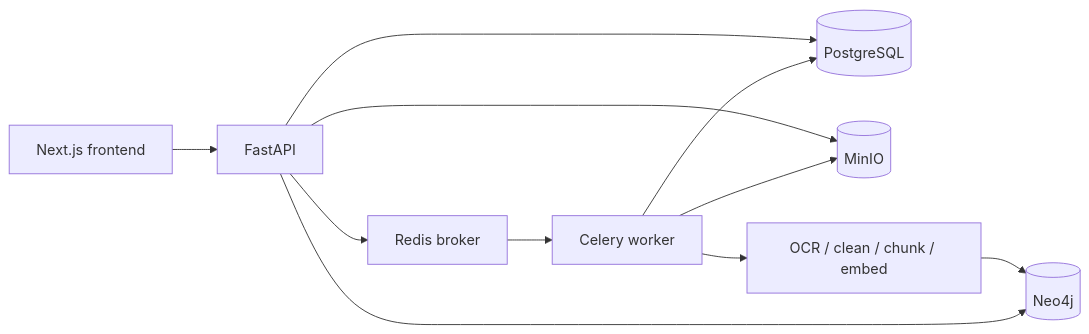
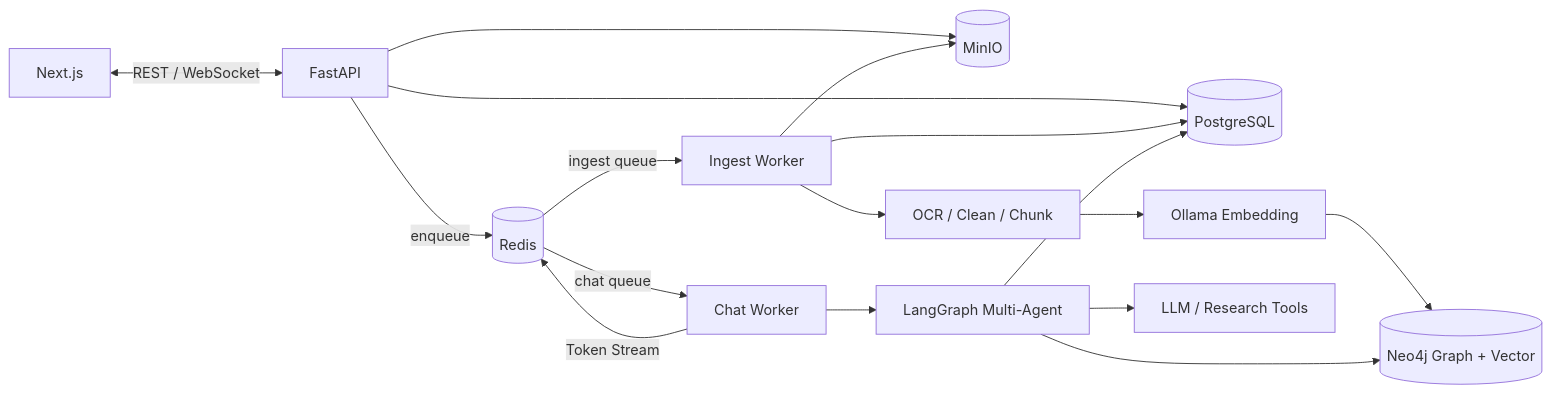
The first of 2 diagrams in README.md (tran-kim-quang/Agent-RAG), drawn with Mermaid before and after one commit. The commit also changed other lines of this file and 48 other files, not shown here.

Commit message:
feat: enhance graph RAG pipeline and async processing

````diff
--- a/README.md
+++ b/README.md
@@ -7,13 +16,22 @@
 ```mermaid
 flowchart LR
-    UI[Next.js frontend] --> API[FastAPI]
+    UI[Next.js] <-->|REST / WebSocket| API[FastAPI]
     API --> PG[(PostgreSQL)]
     API --> MINIO[(MinIO)]
-    API --> REDIS[Redis broker]
-    REDIS --> WORKER[Celery worker]
-    WORKER --> MINIO
-    WORKER --> PIPELINE[OCR / clean / chunk / embed]
-    PIPELINE --> NEO[(Neo4j)]
-    WORKER --> PG
-    API --> NEO
+    API -->|enqueue| REDIS[(Redis)]
+
+    REDIS -->|chat queue| CHAT[Chat Worker]
+    REDIS -->|ingest queue| INGEST[Ingest Worker]
+
+    INGEST --> PIPELINE[OCR / Clean / Chunk]
+    PIPELINE --> EMBED[Ollama Embedding]
+    EMBED --> NEO[(Neo4j Graph + Vector)]
+    INGEST --> MINIO
+    INGEST --> PG
+
+    CHAT --> AGENT[LangGraph Multi-Agent]
+    AGENT --> NEO
+    AGENT --> LLM[LLM / Research Tools]
+    AGENT --> PG
+    CHAT -->|Token Stream| REDIS
 ```
````
